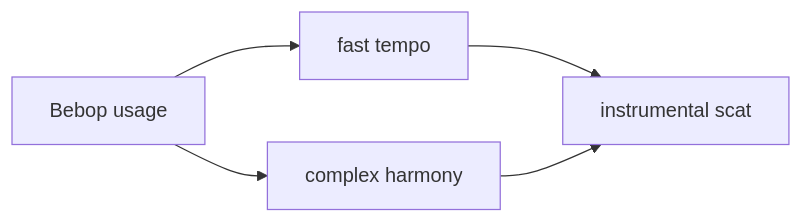
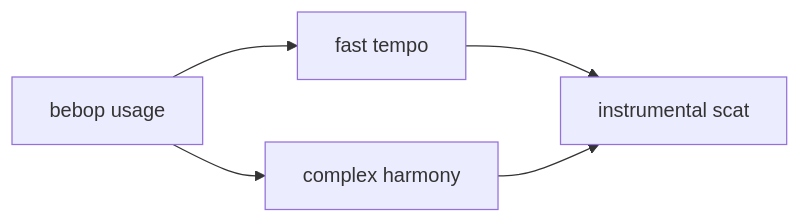
Before and after one commit to monumental-movement/monumental-movement.github.io: the second of 2 diagrams in en/_posts/2026-02-07-column-scat-singing.md, drawn with Mermaid. The commit also changed other lines of this file and 371 other files, not shown here.

```diff
--- a/en/_posts/2026-02-07-column-scat-singing.md
+++ b/en/_posts/2026-02-07-column-scat-singing.md
@@ -104,7 +104,7 @@
 <div class="mermaid">
 flowchart LR
-    A[Bebop usage] --> B[fast tempo]
+    A[bebop usage] --> B[fast tempo]
     A --> C[complex harmony]
     B --> D[instrumental scat]
     C --> D
 </div>
```
